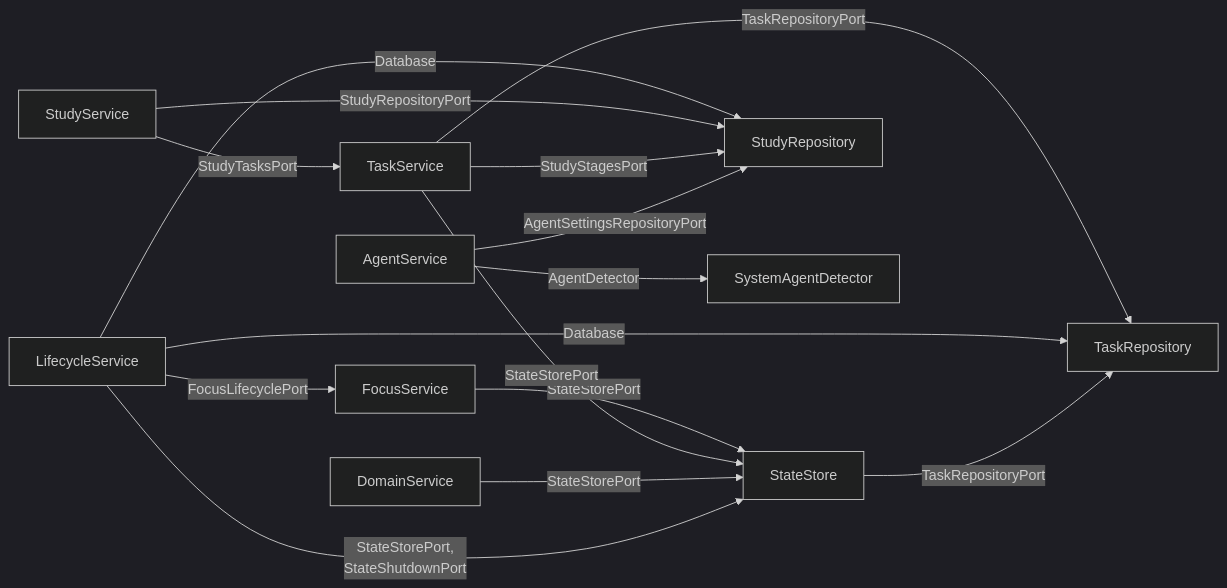
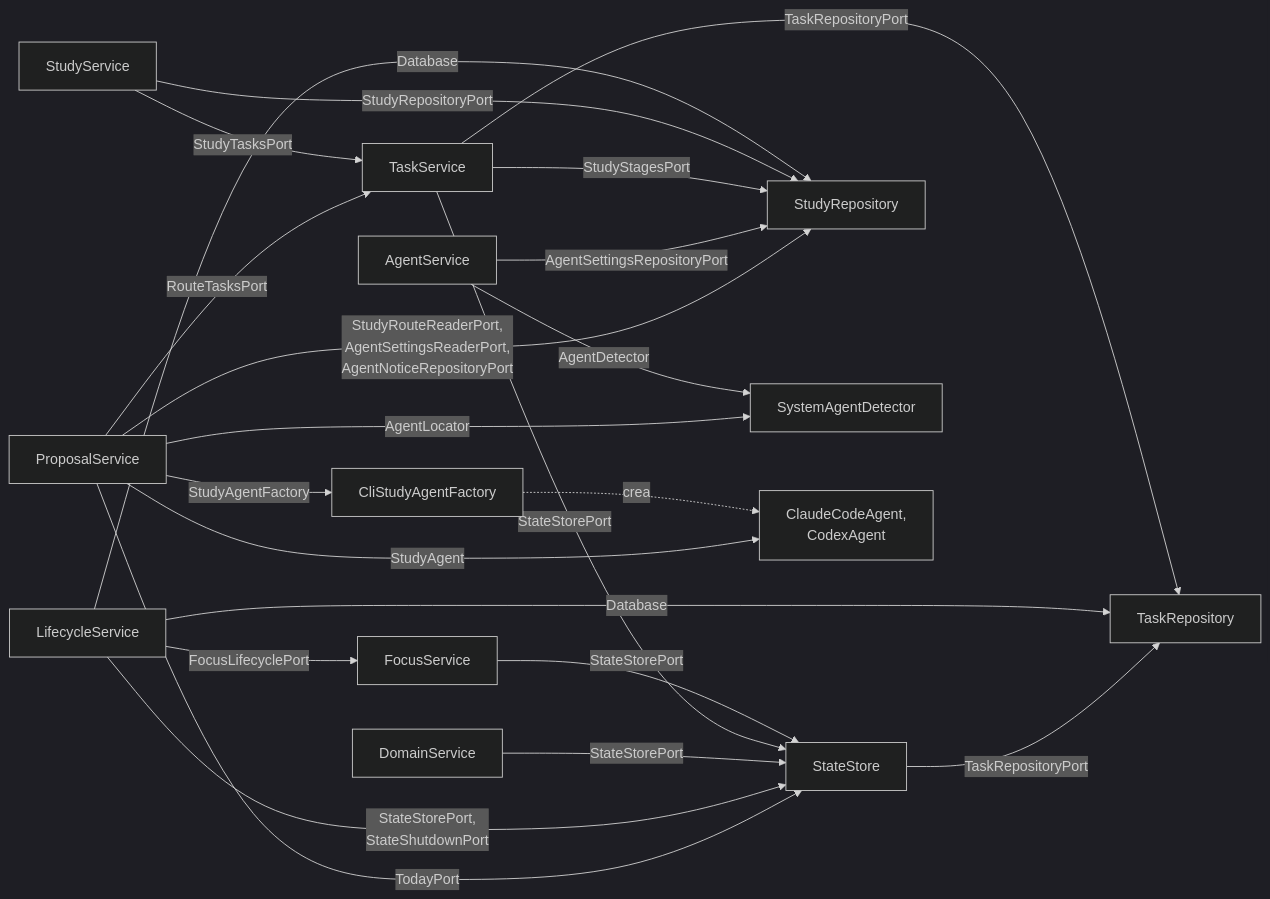
The fifth of 13 diagrams in docs/arquitectura.md (DevJuan95/ritmo), drawn with Mermaid (dark theme) before and after one commit. The commit also changed other lines of this file and 35 other files, not shown here.

````diff
--- a/docs/arquitectura.md
+++ b/docs/arquitectura.md
@@ -177,28 +183,38 @@
 ```mermaid
 flowchart LR
   focus["FocusService"]
   taskService["TaskService"]
   domainService["DomainService"]
   lifecycle["LifecycleService"]
   store["StateStore"]
   repo["TaskRepository"]
   studyService["StudyService"]
   studyRepo["StudyRepository"]
   agentService["AgentService"]
   detector["SystemAgentDetector"]
+  proposalService["ProposalService"]
+  factory["CliStudyAgentFactory"]
+  agents["ClaudeCodeAgent,<br/>CodexAgent"]
 
   focus -- "StateStorePort" --> store
   taskService -- "StateStorePort" --> store
   taskService -- "TaskRepositoryPort" --> repo
   domainService -- "StateStorePort" --> store
   lifecycle -- "StateStorePort,<br/>StateShutdownPort" --> store
   lifecycle -- "FocusLifecyclePort" --> focus
   lifecycle -- "Database" --> repo
   lifecycle -- "Database" --> studyRepo
   store -- "TaskRepositoryPort" --> repo
   studyService -- "StudyRepositoryPort" --> studyRepo
   studyService -- "StudyTasksPort" --> taskService
   taskService -- "StudyStagesPort" --> studyRepo
   agentService -- "AgentSettingsRepositoryPort" --> studyRepo
   agentService -- "AgentDetector" --> detector
+  proposalService -- "StudyRouteReaderPort,<br/>AgentSettingsReaderPort,<br/>AgentNoticeRepositoryPort" --> studyRepo
+  proposalService -- "RouteTasksPort" --> taskService
+  proposalService -- "TodayPort" --> store
+  proposalService -- "AgentLocator" --> detector
+  proposalService -- "StudyAgentFactory" --> factory
+  factory -. "crea" .-> agents
+  proposalService -- "StudyAgent" --> agents
 ```
````
